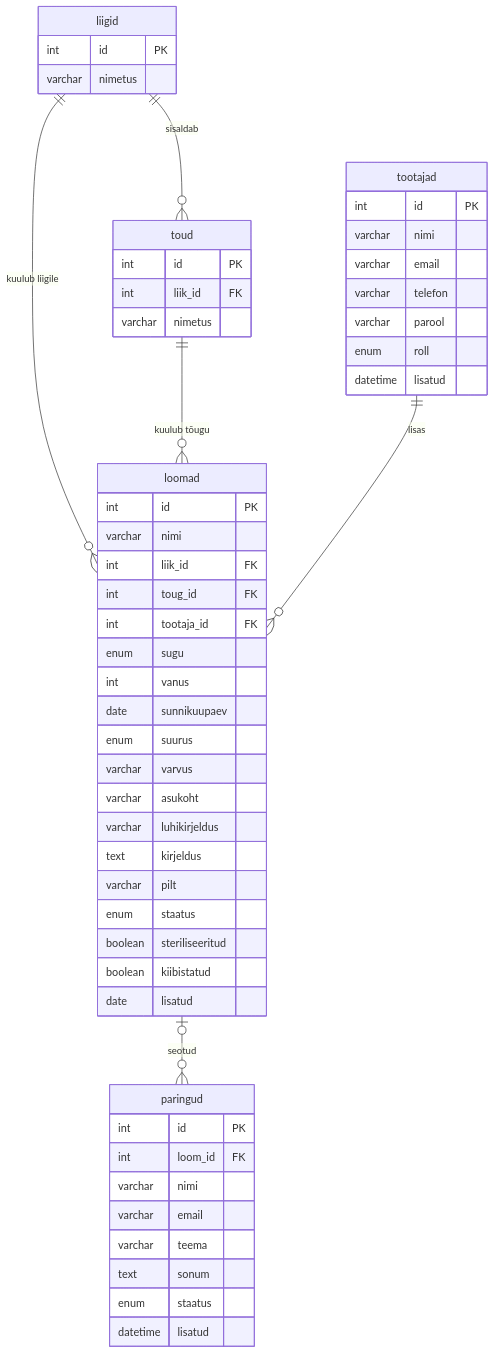
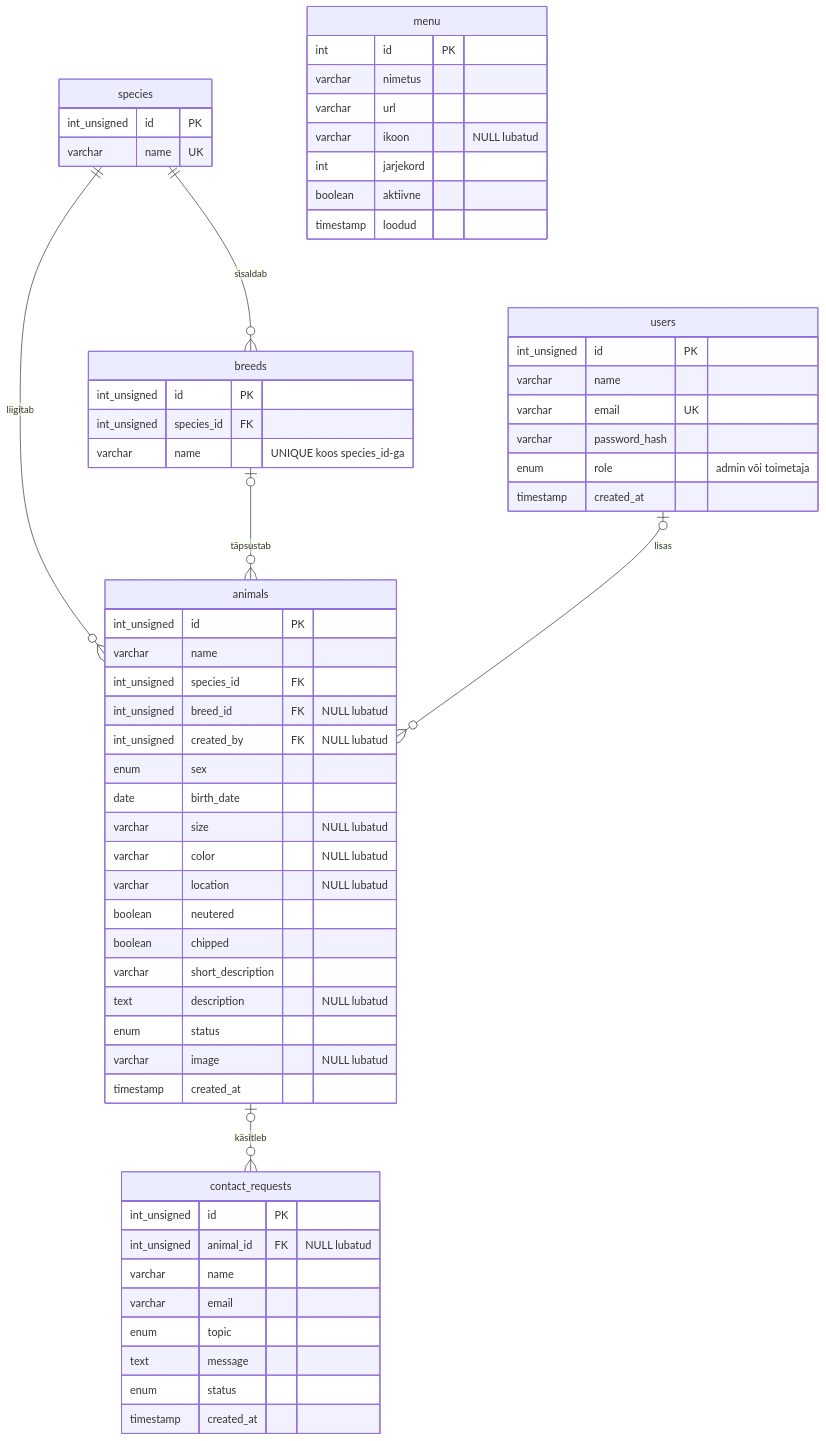
One commit to kristjan3011/Laragon changed the diagram in www/veebirakendus/database/er-diagram.md. Above: the diagram before and after it, drawn with Mermaid. The commit also changed other lines of this file and 30 other files, not shown here.

````diff
--- a/www/veebirakendus/database/er-diagram.md
+++ b/www/veebirakendus/database/er-diagram.md
@@ -5,57 +5,64 @@
 ```mermaid
 erDiagram
-    liigid ||--o{ toud : "sisaldab"
-    liigid ||--o{ loomad : "kuulub liigile"
-    toud ||--o{ loomad : "kuulub tõugu"
-    tootajad ||--o{ loomad : "lisas"
-    loomad |o--o{ paringud : "seotud"
+    species ||--o{ breeds : "sisaldab"
+    species ||--o{ animals : "liigitab"
+    breeds |o--o{ animals : "täpsustab"
+    users |o--o{ animals : "lisas"
+    animals |o--o{ contact_requests : "käsitleb"
 
-    liigid {
+    species {
+        int_unsigned id PK
+        varchar name UK
+    }
+    breeds {
+        int_unsigned id PK
+        int_unsigned species_id FK
+        varchar name "UNIQUE koos species_id-ga"
+    }
+    users {
+        int_unsigned id PK
+        varchar name
+        varchar email UK
+        varchar password_hash
+        enum role "admin või toimetaja"
+        timestamp created_at
+    }
+    animals {
+        int_unsigned id PK
+        varchar name
+        int_unsigned species_id FK
+        int_unsigned breed_id FK "NULL lubatud"
+        int_unsigned created_by FK "NULL lubatud"
+        enum sex
+        date birth_date
+        varchar size "NULL lubatud"
+        varchar color "NULL lubatud"
+        varchar location "NULL lubatud"
+        boolean neutered
+        boolean chipped
+        varchar short_description
+        text description "NULL lubatud"
+        enum status
+        varchar image "NULL lubatud"
+        timestamp created_at
+    }
+    contact_requests {
+        int_unsigned id PK
+        int_unsigned animal_id FK "NULL lubatud"
+        varchar name
+        varchar email
+        enum topic
+        text message
+        enum status
+        timestamp created_at
+    }
+    menu {
         int id PK
         varchar nimetus
-    }
-    toud {
-        int id PK
-        int liik_id FK
-        varchar nimetus
-    }
-    tootajad {
-        int id PK
-        varchar nimi
-        varchar email
-        varchar telefon
-        varchar parool
-        enum roll
-        datetime lisatud
-    }
-    loomad {
-        int id PK
-        varchar nimi
-        int liik_id FK
-        int toug_id FK
-        int tootaja_id FK
-        enum sugu
-        int vanus
-        date sunnikuupaev
-        enum suurus
-        varchar varvus
-        varchar asukoht
-        varchar luhikirjeldus
-        text kirjeldus
-        varchar pilt
-        enum staatus
-        boolean steriliseeritud
-        boolean kiibistatud
-        date lisatud
-    }
-    paringud {
-        int id PK
-        int loom_id FK
-        varchar nimi
-        varchar email
-        varchar teema
-        text sonum
-        enum staatus
-        datetime lisatud
+        varchar url
+        varchar ikoon "NULL lubatud"
+        int jarjekord
+        boolean aktiivne
+        timestamp loodud
     }
 ```
````
